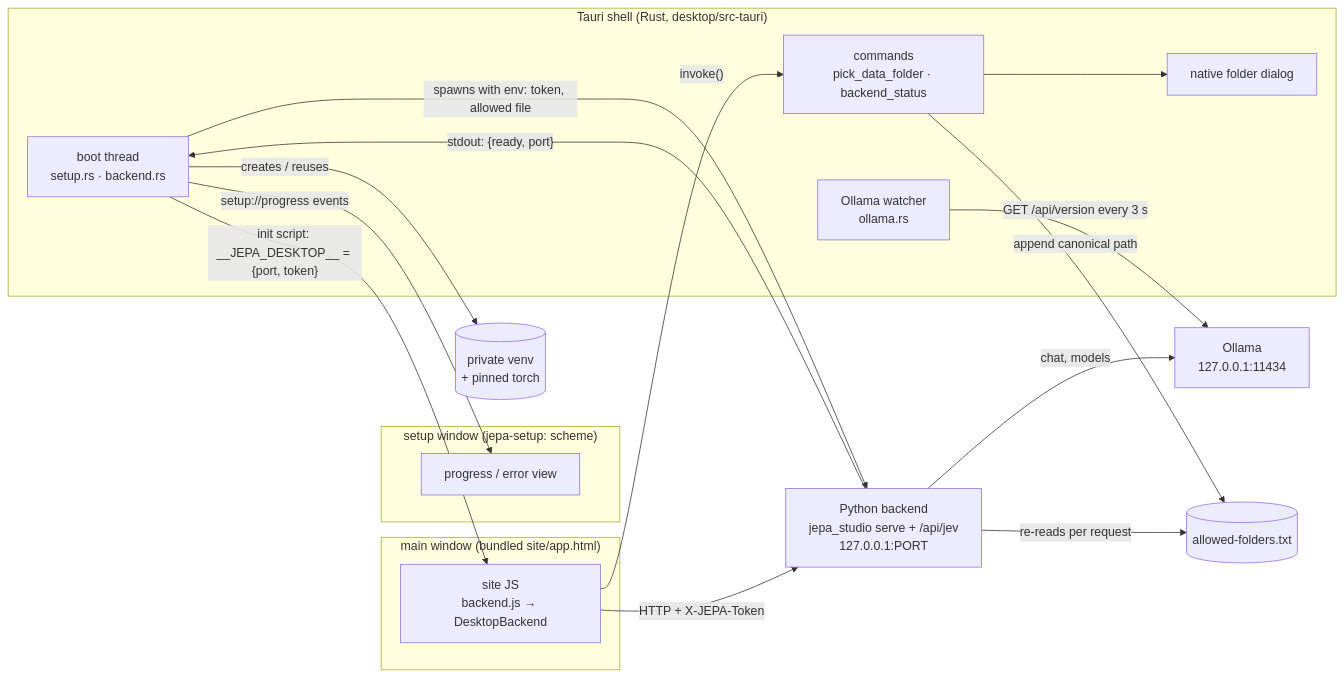
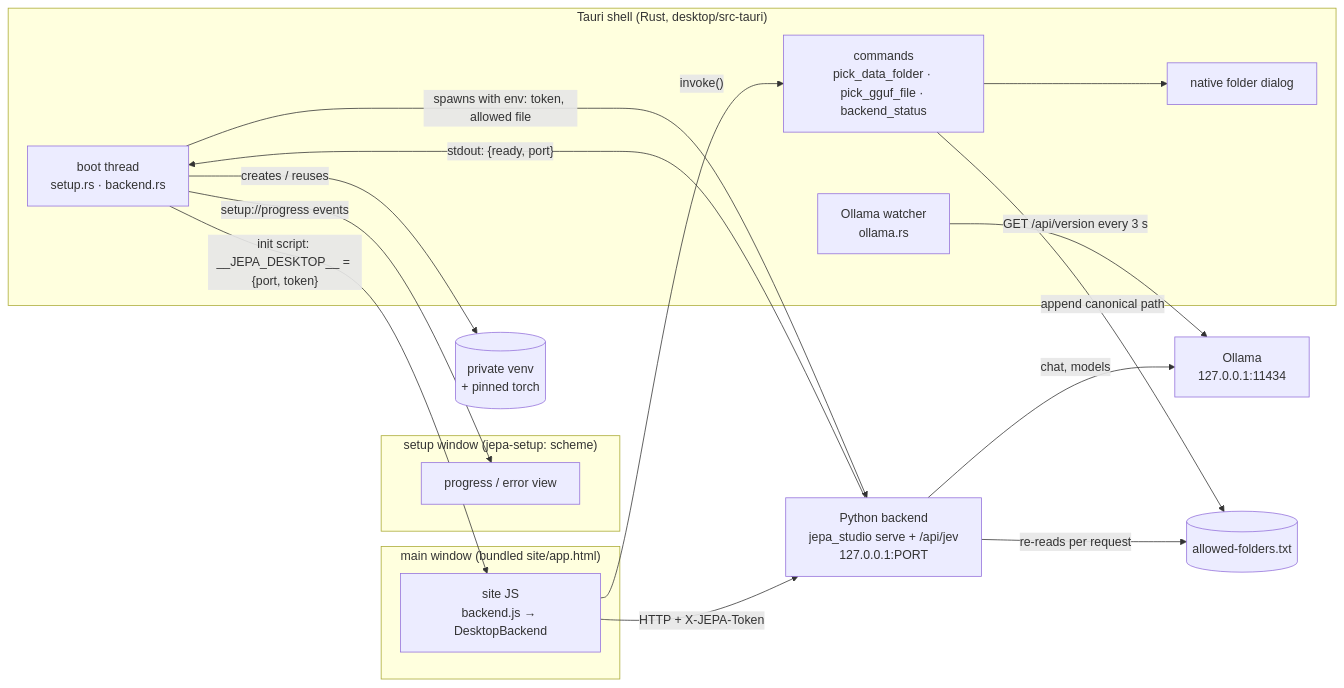
One commit to Normansrule/jepa-studio changed the diagram in docs/desktop.md. Above: the diagram before and after it, drawn with Mermaid. The commit also changed other lines of this file and 11 other files, not shown here.

````diff
--- a/docs/desktop.md
+++ b/docs/desktop.md
@@ -17,32 +17,32 @@
 ```mermaid
 flowchart LR
   subgraph shell["Tauri shell (Rust, desktop/src-tauri)"]
     boot["boot thread<br/>setup.rs · backend.rs"]
-    cmds["commands<br/>pick_data_folder · backend_status"]
+    cmds["commands<br/>pick_data_folder · pick_gguf_file · backend_status"]
     dlg["native folder dialog"]
     olw["Ollama watcher<br/>ollama.rs"]
   end
   subgraph setupwin["setup window (jepa-setup: scheme)"]
     splash["progress / error view"]
   end
   subgraph mainwin["main window (bundled site/app.html)"]
     site["site JS<br/>backend.js → DesktopBackend"]
   end
   py["Python backend<br/>jepa_studio serve + /api/jev<br/>127.0.0.1:PORT"]
   oll["Ollama<br/>127.0.0.1:11434"]
   env[("private venv<br/>+ pinned torch")]
   allow[("allowed-folders.txt")]
 
   boot -- "setup://progress events" --> splash
   boot -- "creates / reuses" --> env
   boot -- "spawns with env: token, allowed file" --> py
   py -- "stdout: {ready, port}" --> boot
   boot -- "init script: __JEPA_DESKTOP__ = {port, token}" --> site
   site -- "HTTP + X-JEPA-Token" --> py
   site -- "invoke()" --> cmds
   cmds --> dlg
   cmds -- "append canonical path" --> allow
   py -- "re-reads per request" --> allow
   olw -- "GET /api/version every 3 s" --> oll
   py -- "chat, models" --> oll
 ```
````
